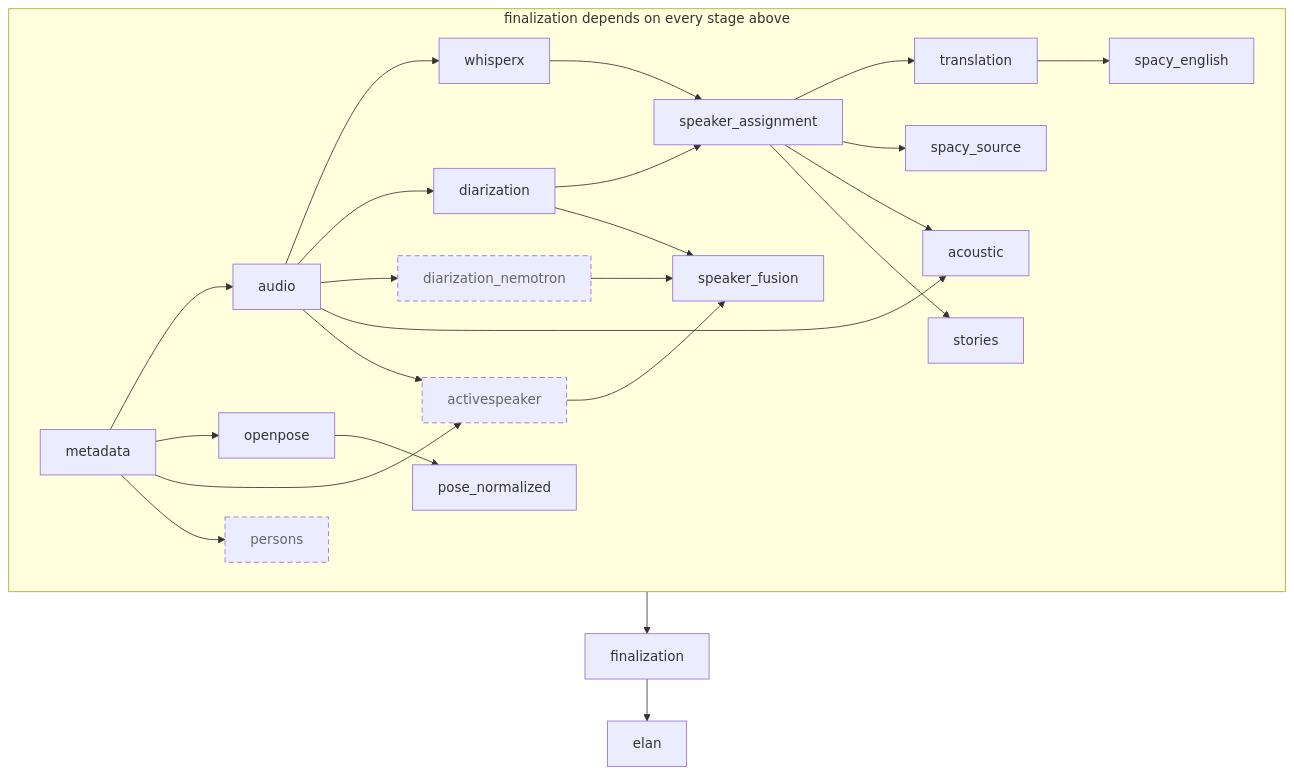
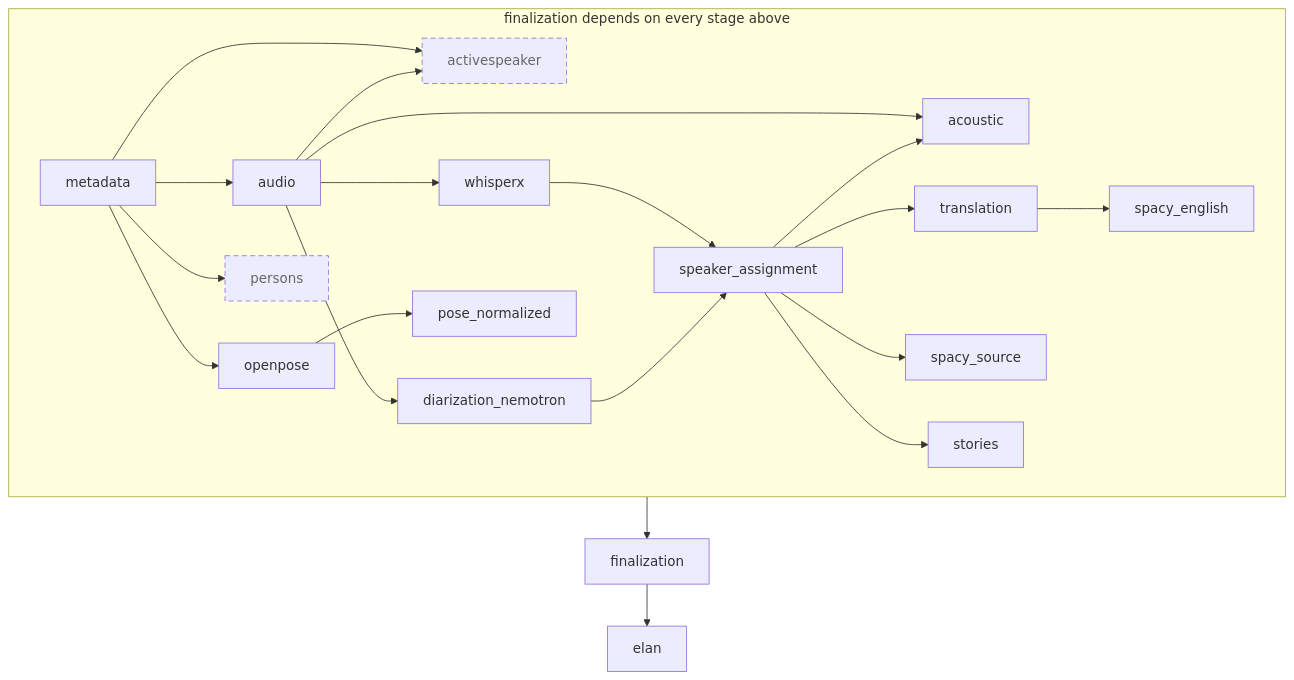
Before and after one commit to RaulKite/storytell-pipeline: the second of 4 diagrams in docs/architecture.md, drawn with Mermaid. The commit also changed other lines of this file and 18 other files, not shown here.

````diff
--- a/docs/architecture.md
+++ b/docs/architecture.md
@@ -58,23 +58,21 @@
 ```mermaid
 flowchart TD
     metadata --> audio & openpose & activespeaker & persons
-    audio --> whisperx & diarization & diarization_nemotron & acoustic & activespeaker
+    audio --> whisperx & diarization_nemotron & acoustic & activespeaker
     openpose --> pose_normalized
     whisperx --> speaker_assignment
-    diarization --> speaker_assignment & speaker_fusion
-    diarization_nemotron --> speaker_fusion
-    activespeaker --> speaker_fusion
+    diarization_nemotron --> speaker_assignment
     speaker_assignment --> translation & spacy_source & acoustic & stories
     translation --> spacy_english
     subgraph deps["finalization depends on every stage above"]
         direction LR
-        metadata; audio; whisperx; diarization; diarization_nemotron
+        metadata; audio; whisperx; diarization_nemotron
         speaker_assignment; translation; spacy_source; spacy_english
         acoustic; openpose; pose_normalized; activespeaker; persons
-        speaker_fusion; stories
+        stories
     end
     deps --> finalization
     finalization --> elan
     classDef optional stroke-dasharray: 6 4,color:#666
-    class diarization_nemotron,activespeaker,persons optional
+    class activespeaker,persons optional
 ```
````
